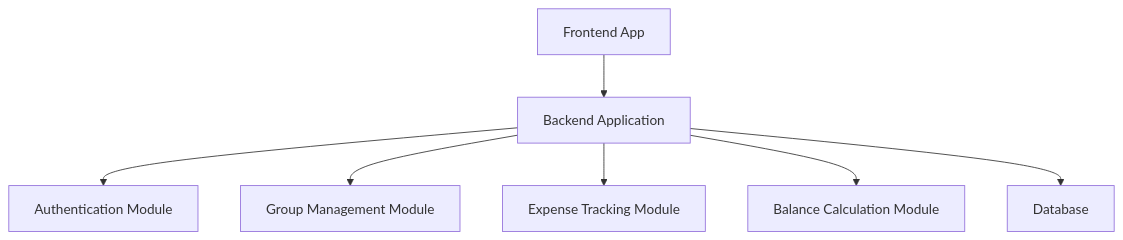
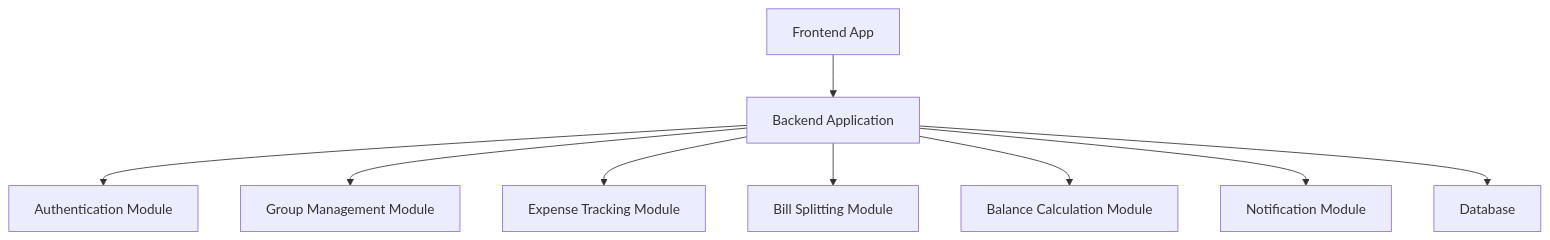
The diagram in architecture_blueprint_assistant/monolith_architecture.mmd (borapano/holbertonschool-ai4devs), drawn with Mermaid before and after one commit.

Commit message:
add: monolith_architecture

```diff
--- a/architecture_blueprint_assistant/monolith_architecture.mmd
+++ b/architecture_blueprint_assistant/monolith_architecture.mmd
@@ -1,7 +1,9 @@
 graph TD
   A[Frontend App] --> B[Backend Application]
   B --> C[Authentication Module]
   B --> D[Group Management Module]
   B --> E[Expense Tracking Module]
-  B --> F[Balance Calculation Module]
-  B --> G[Database]
+  B --> F[Bill Splitting Module]
+  B --> G[Balance Calculation Module]
+  B --> H[Notification Module]
+  B --> I[Database]
```
